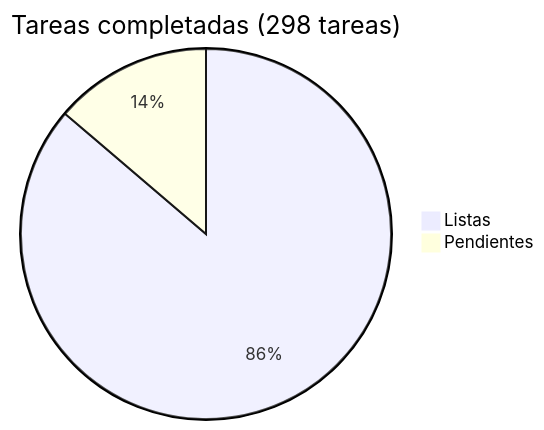
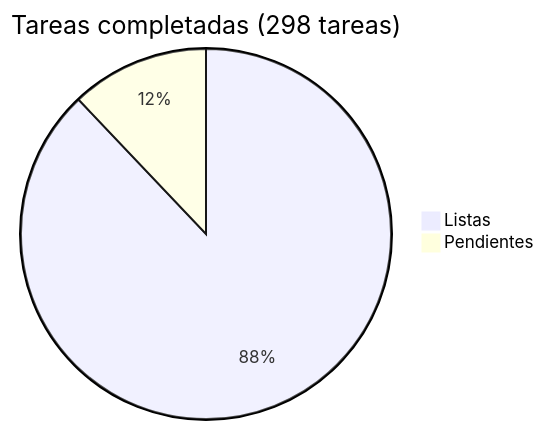
One commit to araguaney-lat/araguaney changed the diagram in docs/roadmap/README.md. Above: the diagram before and after it, drawn with Mermaid. The commit also changed other lines of this file and 20 other files, not shown here.

````diff
--- a/docs/roadmap/README.md
+++ b/docs/roadmap/README.md
@@ -5,5 +5,5 @@
 ```mermaid
 pie title Tareas completadas (298 tareas)
-    "Listas" : 257
-    "Pendientes" : 41
+    "Listas" : 262
+    "Pendientes" : 36
 ```
````
